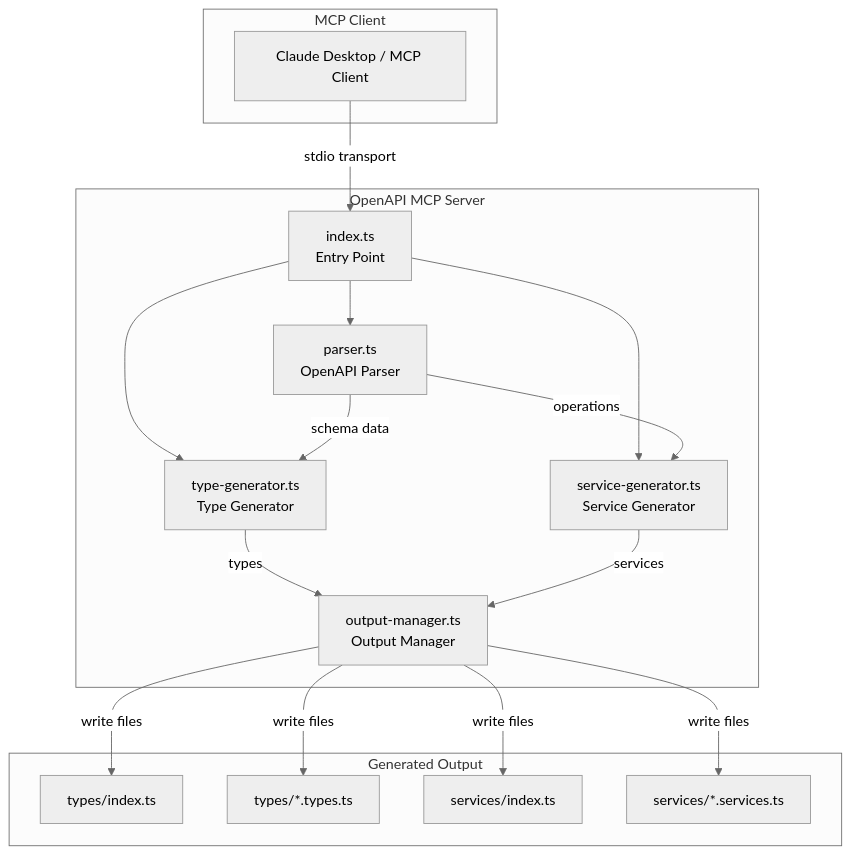
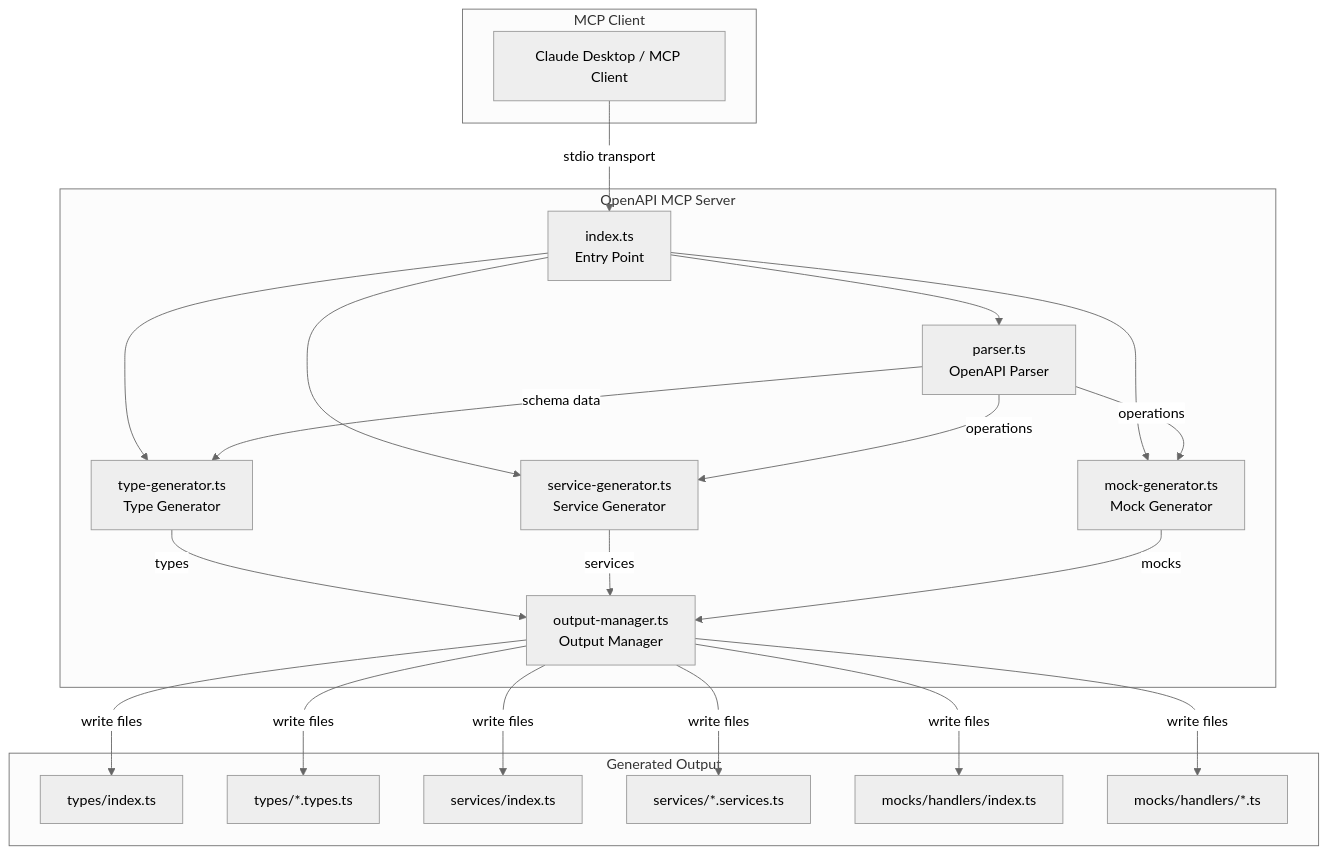
The first of 7 diagrams in ARCHITECTURE.md (dianramdhani/openapi-mcp), drawn with Mermaid (neutral theme) before and after one commit. The commit also changed other lines of this file and 11 other files, not shown here.

````diff
--- a/ARCHITECTURE.md
+++ b/ARCHITECTURE.md
@@ -16,34 +16,42 @@
 ```mermaid
 flowchart TB
     subgraph Client["MCP Client"]
         A[Claude Desktop / MCP Client]
     end
 
     subgraph Server["OpenAPI MCP Server"]
         B[index.ts<br/>Entry Point]
         C[parser.ts<br/>OpenAPI Parser]
         D[type-generator.ts<br/>Type Generator]
         E[service-generator.ts<br/>Service Generator]
-        F[output-manager.ts<br/>Output Manager]
+        F[mock-generator.ts<br/>Mock Generator]
+        G[output-manager.ts<br/>Output Manager]
     end
 
     subgraph Output["Generated Output"]
-        G1[types/index.ts]
-        G2[types/*.types.ts]
-        H1[services/index.ts]
-        H2[services/*.services.ts]
+        H1[types/index.ts]
+        H2[types/*.types.ts]
+        I1[services/index.ts]
+        I2[services/*.services.ts]
+        J1[mocks/handlers/index.ts]
+        J2[mocks/handlers/*.ts]
     end
 
     A -->|stdio transport| B
     B --> C
     B --> D
     B --> E
+    B --> F
     C -->|schema data| D
     C -->|operations| E
-    D -->|types| F
-    E -->|services| F
-    F -->|write files| G1
-    F -->|write files| G2
-    F -->|write files| H1
-    F -->|write files| H2
+    C -->|operations| F
+    D -->|types| G
+    E -->|services| G
+    F -->|mocks| G
+    G -->|write files| H1
+    G -->|write files| H2
+    G -->|write files| I1
+    G -->|write files| I2
+    G -->|write files| J1
+    G -->|write files| J2
 ```
````
